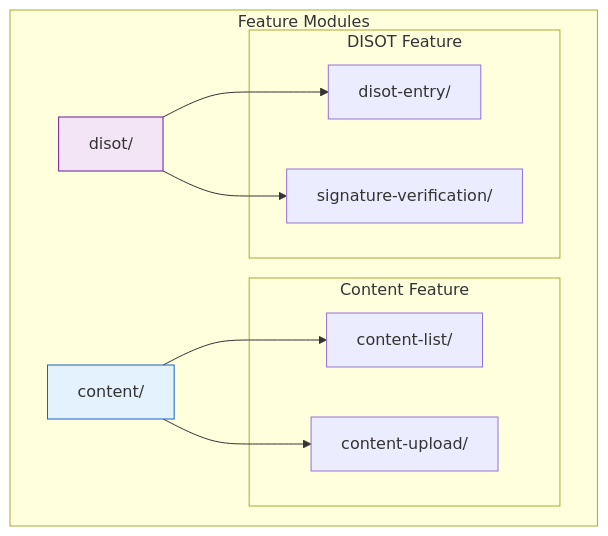
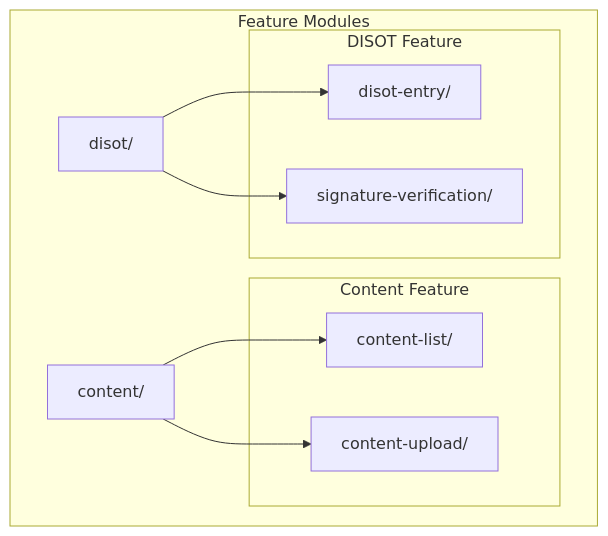
Before and after one commit to o2alexanderfedin/angular-cas-disot: the second of 2 diagrams in docs/development/project-structure.md, drawn with Mermaid. The commit also changed other lines of this file and 18 other files, not shown here.

````diff
--- a/docs/development/project-structure.md
+++ b/docs/development/project-structure.md
@@ -78,25 +75,25 @@
 ```mermaid
 graph TD
     subgraph "Feature Modules"
         CONTENT[content/]
         DISOT[disot/]
         
         subgraph "Content Feature"
             LIST[content-list/]
             UPLOAD[content-upload/]
         end
         
         subgraph "DISOT Feature"
             ENTRY[disot-entry/]
             VERIFY[signature-verification/]
         end
         
         CONTENT --> LIST
         CONTENT --> UPLOAD
         DISOT --> ENTRY
         DISOT --> VERIFY
     end
     
-    style CONTENT fill:#e3f2fd,stroke:#1565c0
-    style DISOT fill:#f3e5f5,stroke:#6a1b9a
+    
+    
 ```
````
